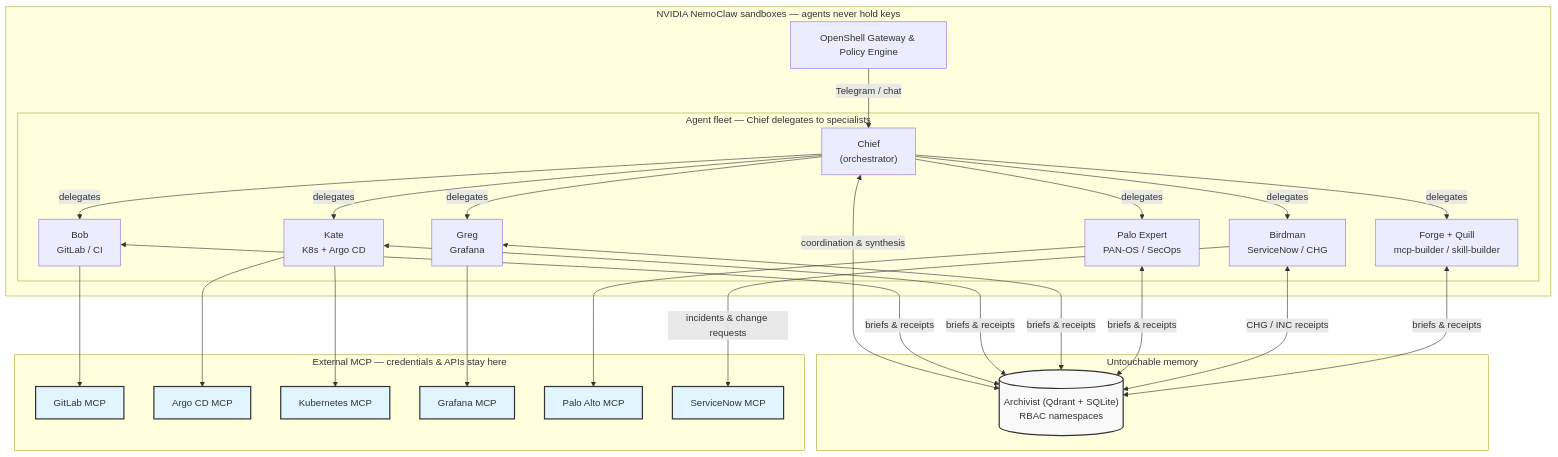
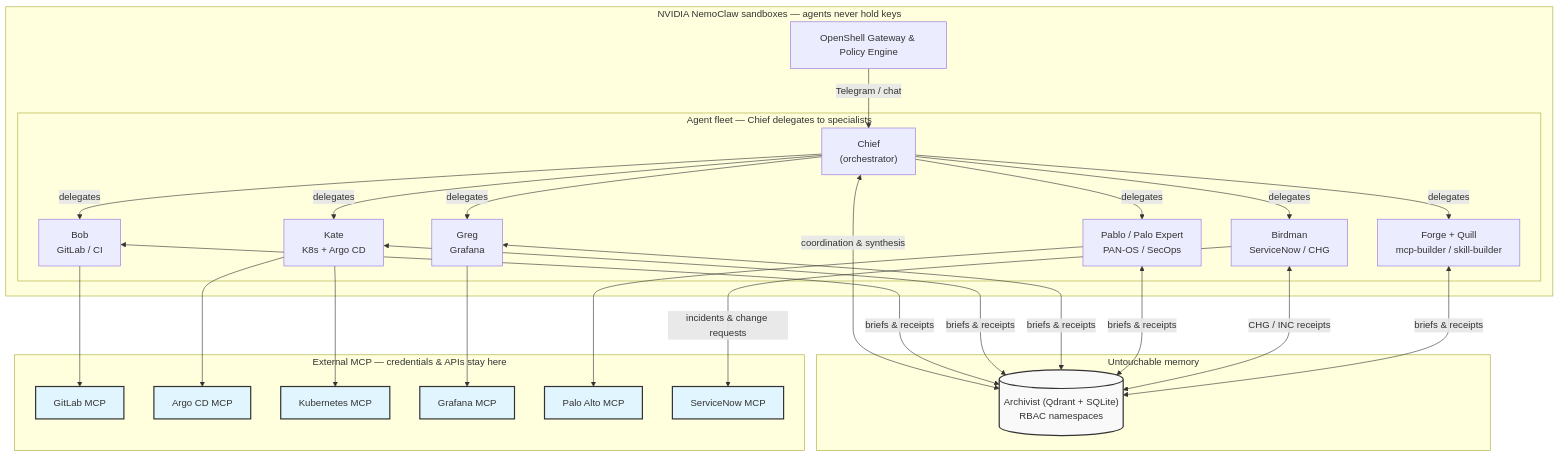
The diagram in README.md (NetworkBuild3r/nemoclaw), drawn with Mermaid before and after one commit. The commit also changed other lines of this file, not shown here.

First line of the commit message:
docs(readme): weave Birdman and Pablo/Palo Expert into fleet story and table

````diff
--- a/README.md
+++ b/README.md
@@ -106,59 +116,59 @@
 ```mermaid
 flowchart TD
     subgraph NemoClaw["NVIDIA NemoClaw sandboxes — agents never hold keys"]
         Gateway["OpenShell Gateway & Policy Engine"]
 
         subgraph Fleet["Agent fleet — Chief delegates to specialists"]
             Chief["Chief<br/>(orchestrator)"]
             GitBob["Bob<br/>GitLab / CI"]
             Kate["Kate<br/>K8s + Argo CD"]
             GregNode["Greg<br/>Grafana"]
-            PaloExpert["Palo Expert<br/>PAN-OS / SecOps"]
+            PaloExpert["Pablo / Palo Expert<br/>PAN-OS / SecOps"]
             Birdman["Birdman<br/>ServiceNow / CHG"]
             Builders["Forge + Quill<br/>mcp-builder / skill-builder"]
         end
     end
 
     subgraph Memory["Untouchable memory"]
         Archivist[("Archivist (Qdrant + SQLite)<br/>RBAC namespaces")]
     end
 
     subgraph MCP["External MCP — credentials & APIs stay here"]
         GitLabMCP["GitLab MCP"]
         ArgoMCP["Argo CD MCP"]
         K8sMCP["Kubernetes MCP"]
         GrafanaMCP["Grafana MCP"]
         PaloMCP["Palo Alto MCP"]
         SnowMCP["ServiceNow MCP"]
     end
 
     Gateway -->|"Telegram / chat"| Chief
 
     Chief -->|"delegates"| GitBob
     Chief -->|"delegates"| Kate
     Chief -->|"delegates"| GregNode
     Chief -->|"delegates"| PaloExpert
     Chief -->|"delegates"| Birdman
     Chief -->|"delegates"| Builders
 
     Chief <-->|"coordination & synthesis"| Archivist
     GitBob <-->|"briefs & receipts"| Archivist
     Kate <-->|"briefs & receipts"| Archivist
     GregNode <-->|"briefs & receipts"| Archivist
     PaloExpert <-->|"briefs & receipts"| Archivist
     Birdman <-->|"CHG / INC receipts"| Archivist
     Builders <-->|"briefs & receipts"| Archivist
 
     GitBob --> GitLabMCP
     Kate --> ArgoMCP
     Kate --> K8sMCP
     GregNode --> GrafanaMCP
     PaloExpert --> PaloMCP
     Birdman -->|"incidents & change requests"| SnowMCP
 
     %% Styling
     classDef memory fill:#f9f9f9,stroke:#333,stroke-width:2px;
     class Archivist memory;
     classDef mcp fill:#e1f5fe,stroke:#333,stroke-width:2px;
     class GitLabMCP,ArgoMCP,K8sMCP,GrafanaMCP,PaloMCP,SnowMCP mcp;
 ```
````
